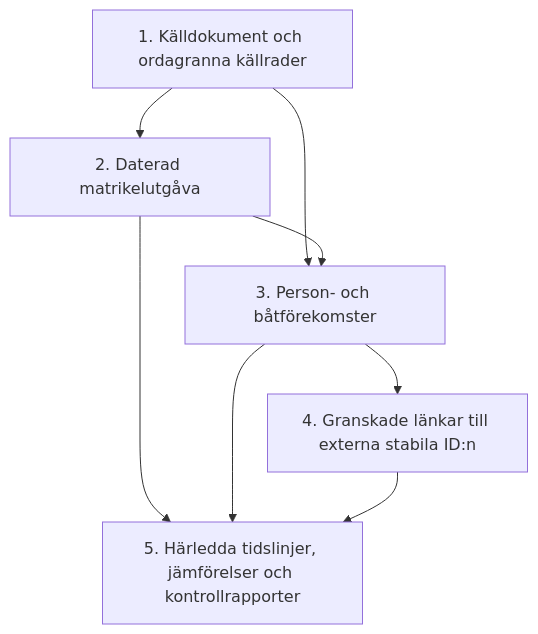
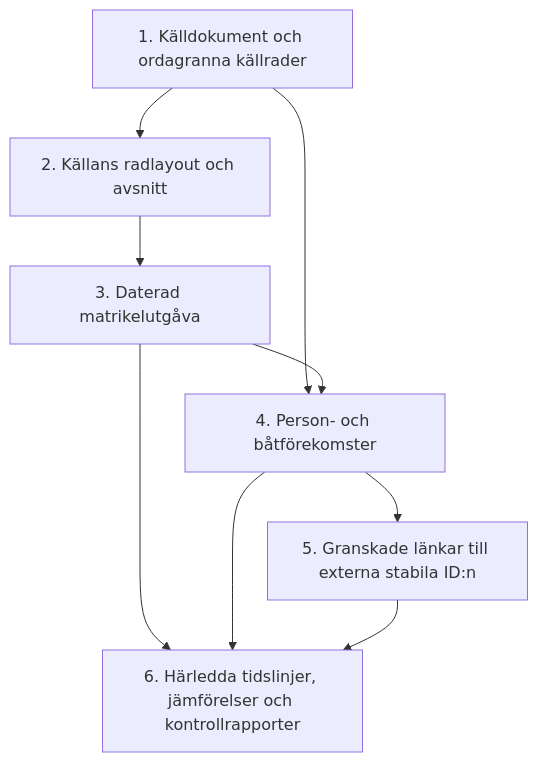
One commit to simonsvahn/korpholmen changed the first of 6 diagrams in apps/klubbhistorik/ARKITEKTUR.md. Above: the diagram before and after it, drawn with Mermaid. The commit also changed other lines of this file and 20 other files, not shown here.

````diff
--- a/apps/klubbhistorik/ARKITEKTUR.md
+++ b/apps/klubbhistorik/ARKITEKTUR.md
@@ -24,16 +24,18 @@
 ```mermaid
 flowchart TB
     S["1. Källdokument och ordagranna källrader"]
-    U["2. Daterad matrikelutgåva"]
-    F["3. Person- och båtförekomster"]
-    K["4. Granskade länkar till externa stabila ID:n"]
-    V["5. Härledda tidslinjer, jämförelser och kontrollrapporter"]
+    L["2. Källans radlayout och avsnitt"]
+    U["3. Daterad matrikelutgåva"]
+    F["4. Person- och båtförekomster"]
+    K["5. Granskade länkar till externa stabila ID:n"]
+    V["6. Härledda tidslinjer, jämförelser och kontrollrapporter"]
 
-    S --> U
+    S --> L
+    L --> U
     S --> F
     U --> F
     F --> K
     U --> V
     F --> V
     K --> V
 ```
````
